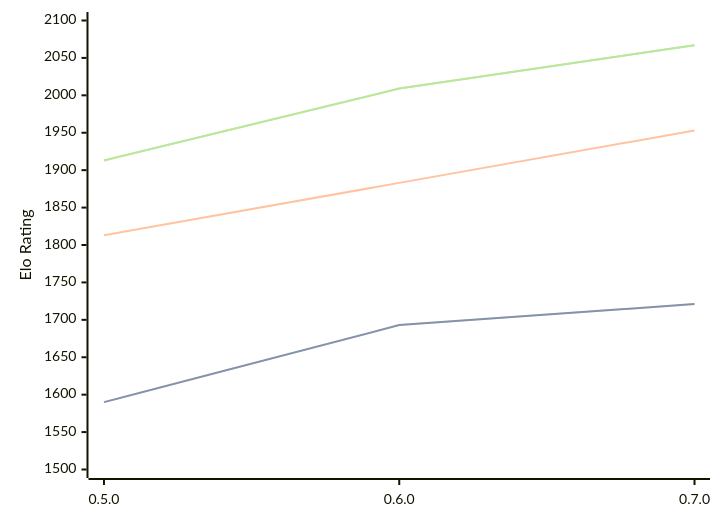
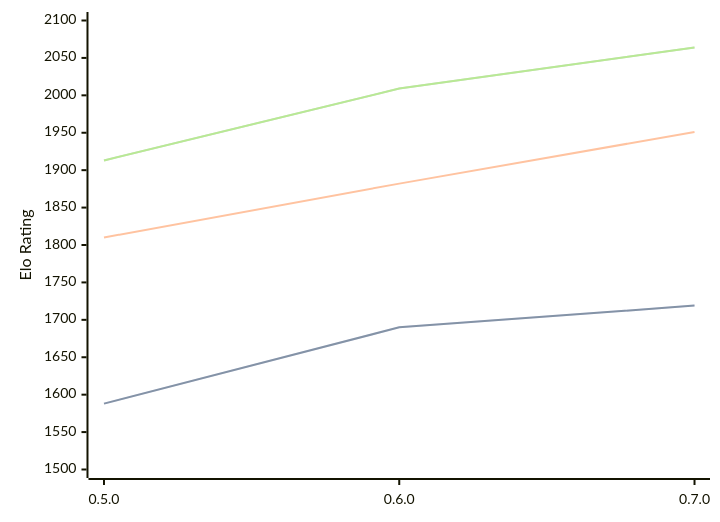
Before and after one commit to computer-chess-index/cci: the diagram in engines/Chess-rs.md, drawn with Mermaid. The commit also changed other lines of this file, not shown here.

Commit message:
Update CCI Ratings (ELO VLTC) - 2026-04-17

````diff
--- a/engines/Chess-rs.md
+++ b/engines/Chess-rs.md
@@ -41,11 +41,11 @@
 ```mermaid
 %%{init: {"theme":"base","themeVariables":{"seriesColors:['#a3a3a3','#222221','#faa371']}}}%%
 xychart-beta
   x-axis ["0.5.0", "0.6.0", "0.7.0"]
   y-axis "Elo Rating" 1500 --> 2100
-  line "STC (8.0+0.08s)" [1590, 1693, 1721]
-  line "STC (8.0+0.08s)" [1590, 1693, 1721]
-  line "LTC (60.0+0.60s)" [1813, 1883, 1953]
-  line "VLTC (2m24s+1.12s)" [1913, 2009, 2067]
-  line "VLTC (2m24s+1.12s)" [1913, 2009, 2067]
+  line "STC (8.0+0.08s)" [1588, 1690, 1719]
+  line "STC (8.0+0.08s)" [1588, 1690, 1719]
+  line "LTC (60.0+0.60s)" [1810, 1882, 1951]
+  line "VLTC (2m24s+1.12s)" [1913, 2009, 2064]
+  line "VLTC (2m24s+1.12s)" [1913, 2009, 2064]
 ```
````
